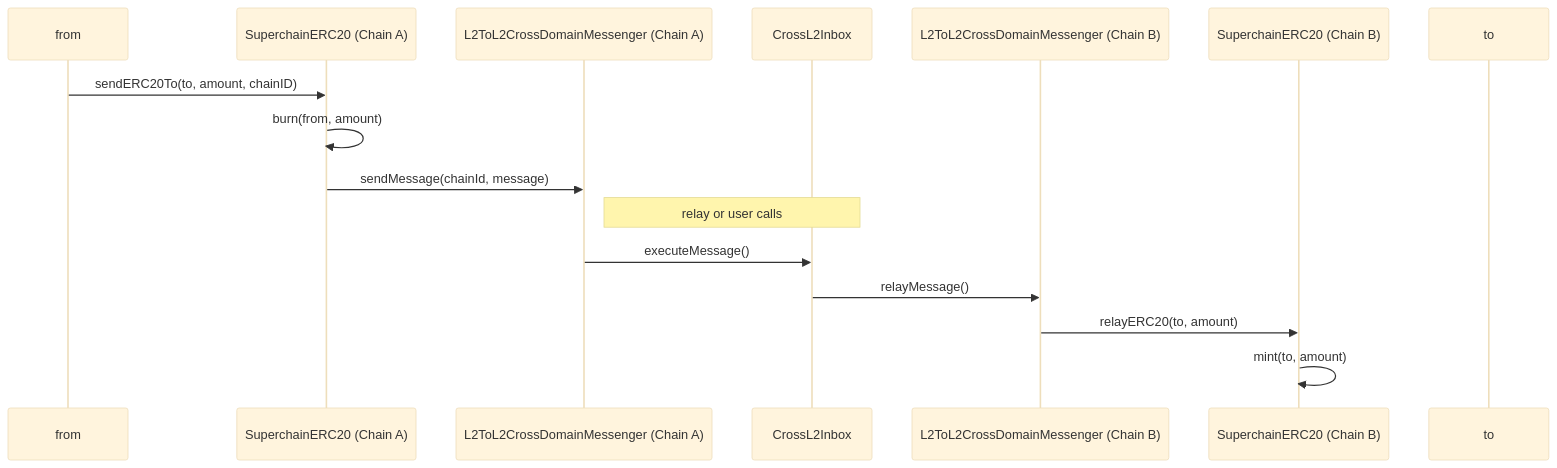
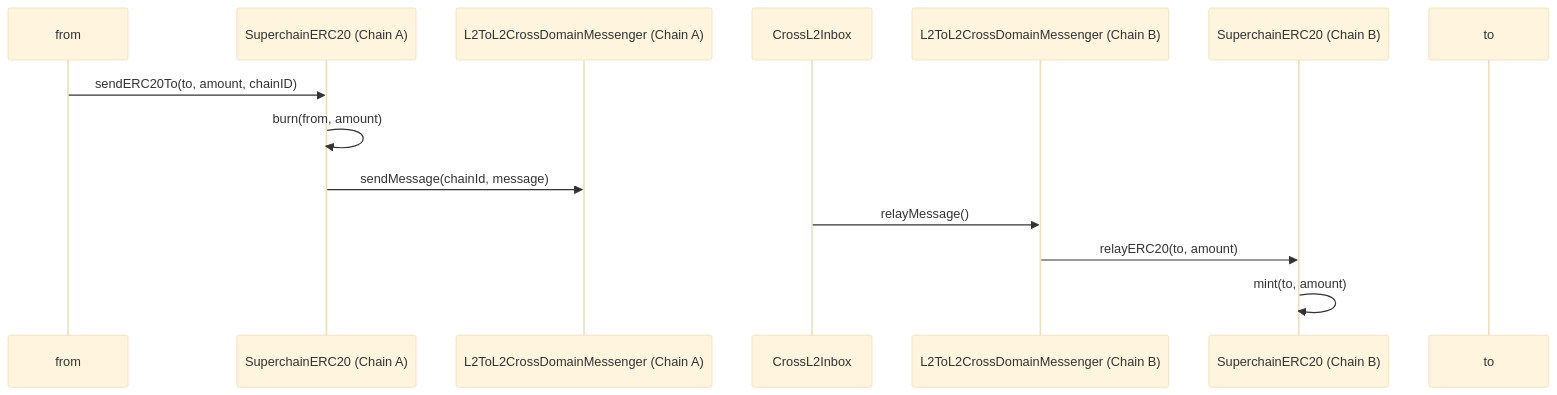
Before and after one commit to ethereum-optimism/specs: the first of 2 diagrams in specs/interop/token-bridging.md, drawn with Mermaid (base theme). The commit also changed other lines of this file, not shown here.

Commit message:
feat: diagram fix

````diff
--- a/specs/interop/token-bridging.md
+++ b/specs/interop/token-bridging.md
@@ -84,19 +85,17 @@
 ```mermaid
 sequenceDiagram
   participant from
   participant SuperERC20_A as SuperchainERC20 (Chain A)
   participant Messenger_A as L2ToL2CrossDomainMessenger (Chain A)
   participant Inbox as CrossL2Inbox
   participant Messenger_B as L2ToL2CrossDomainMessenger (Chain B)
   participant SuperERC20_B as SuperchainERC20 (Chain B)
   participant Recipient as to
 
   from->>SuperERC20_A: sendERC20To(to, amount, chainID)
   SuperERC20_A->>SuperERC20_A: burn(from, amount)
   SuperERC20_A->>Messenger_A: sendMessage(chainId, message)
-  note right of Messenger_A: relay or user calls
-  Messenger_A->>Inbox: executeMessage()
   Inbox->>Messenger_B: relayMessage()
   Messenger_B->>SuperERC20_B: relayERC20(to, amount)
   SuperERC20_B->>SuperERC20_B: mint(to, amount)
 ```
````
